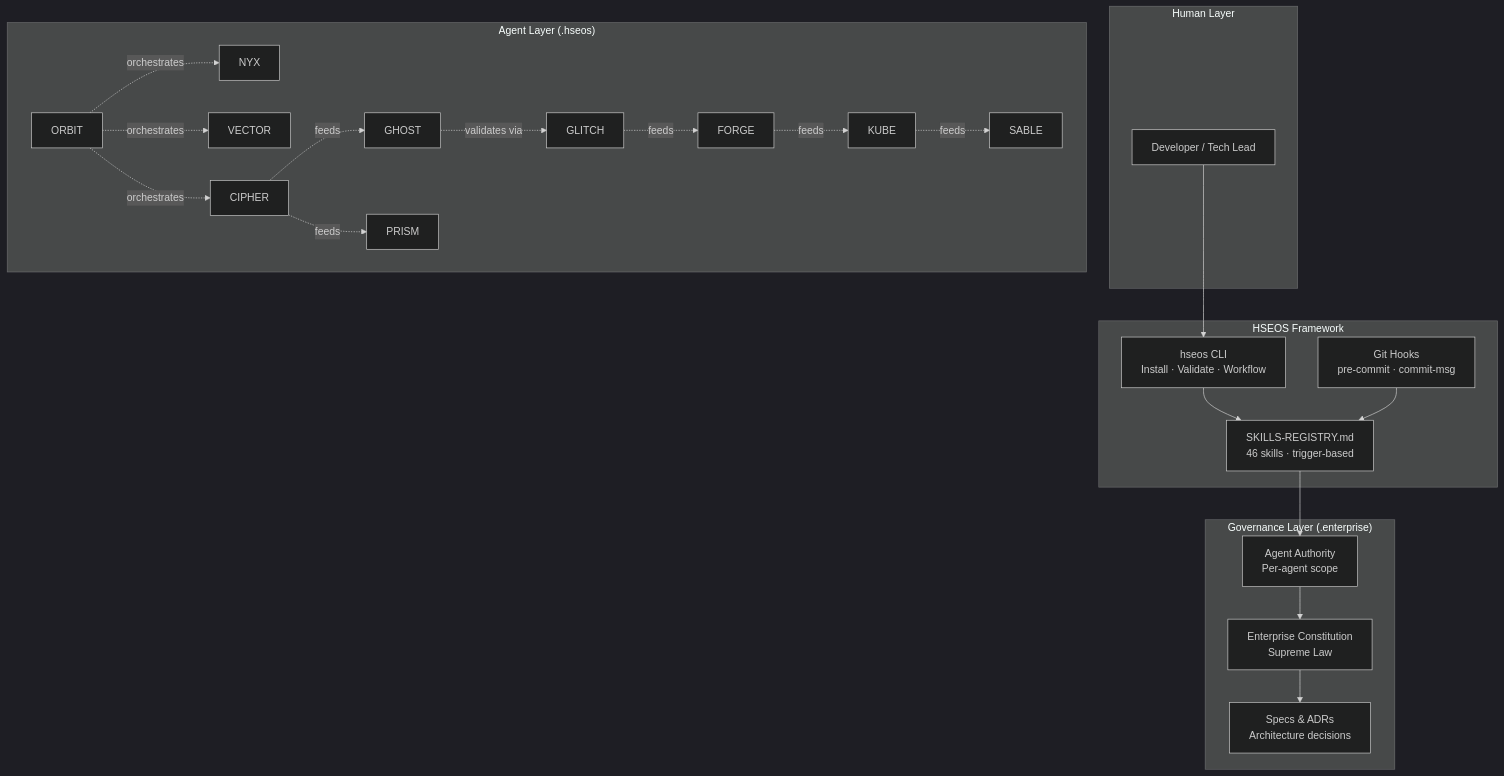
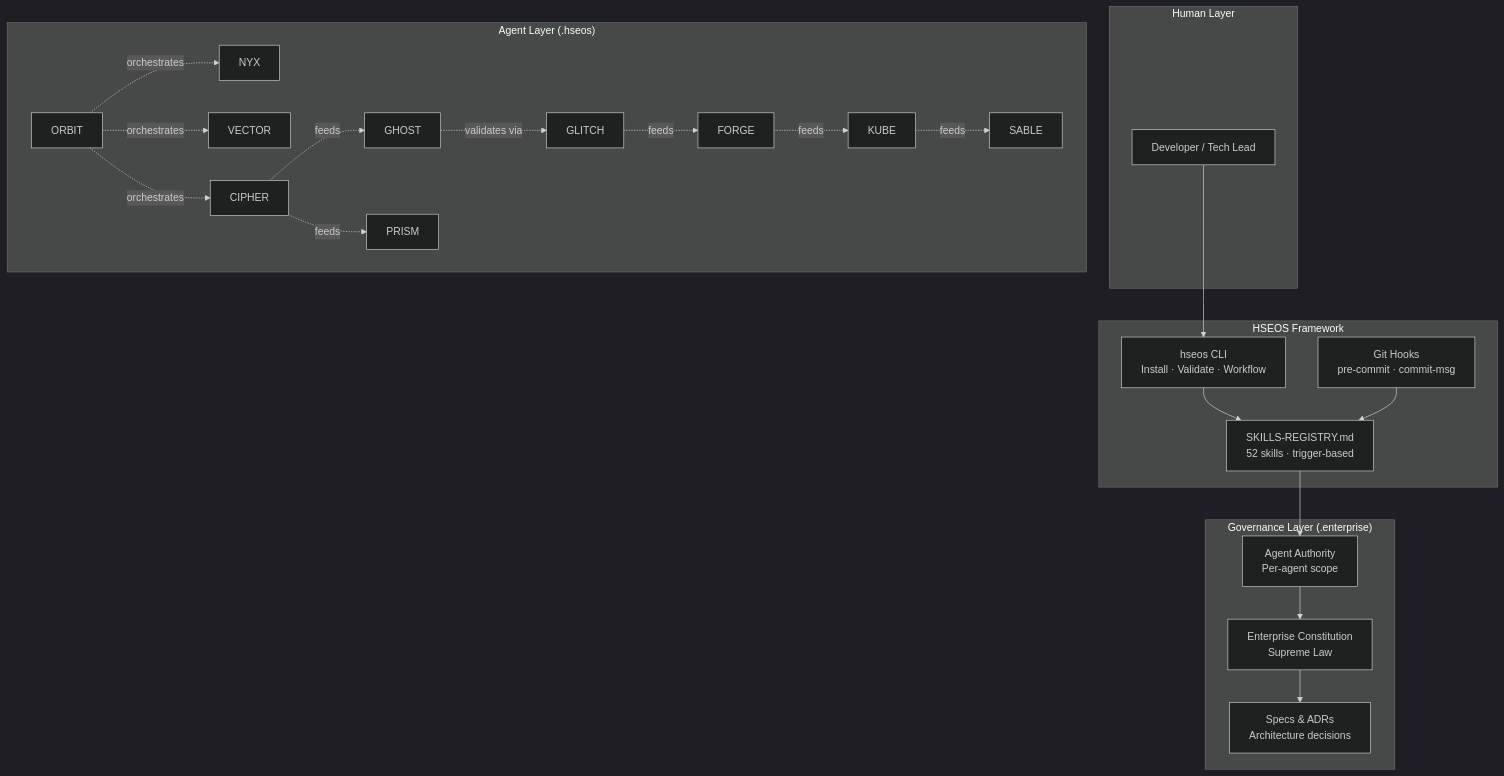
The second of 2 diagrams in README.md (marciohideaki/enterprise-hseos), drawn with Mermaid (dark theme) before and after one commit. The commit also changed other lines of this file and 36 other files, not shown here.

First line of the commit message:
feat(governance): grafos de loops — goal-graph v1.1, verifier, piloto N1 e manuais (#122)

````diff
--- a/README.md
+++ b/README.md
@@ -305,32 +305,32 @@
 ```mermaid
 graph TB
     subgraph "Human Layer"
         H[Developer / Tech Lead]
     end
 
     subgraph "HSEOS Framework"
         CLI[hseos CLI\nInstall · Validate · Workflow]
-        REGISTRY[SKILLS-REGISTRY.md\n46 skills · trigger-based]
+        REGISTRY[SKILLS-REGISTRY.md\n52 skills · trigger-based]
         HOOKS[Git Hooks\npre-commit · commit-msg]
     end
 
     subgraph "Governance Layer (.enterprise)"
         CONST[Enterprise Constitution\nSupreme Law]
         SPECS[Specs & ADRs\nArchitecture decisions]
         AGENTS_AUTH[Agent Authority\nPer-agent scope]
     end
 
     subgraph "Agent Layer (.hseos)"
         ORBIT -.orchestrates.-> NYX & VECTOR & CIPHER
         CIPHER -.feeds.-> GHOST & PRISM
         GHOST -.validates via.-> GLITCH
         GLITCH -.feeds.-> FORGE -.feeds.-> KUBE -.feeds.-> SABLE
     end
 
     H --> CLI
     CLI --> REGISTRY
     REGISTRY --> AGENTS_AUTH
     AGENTS_AUTH --> CONST
     CONST --> SPECS
     HOOKS --> REGISTRY
 ```
````
